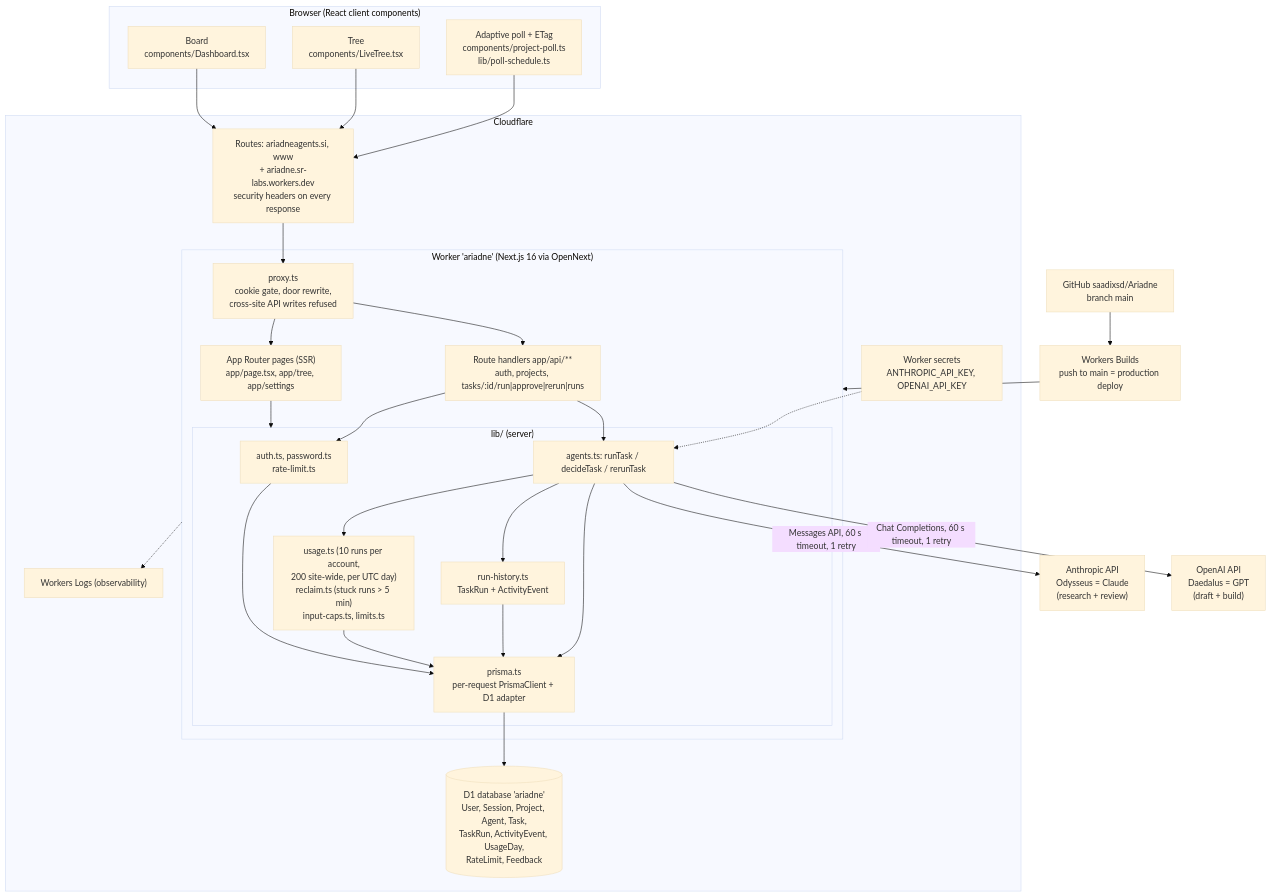
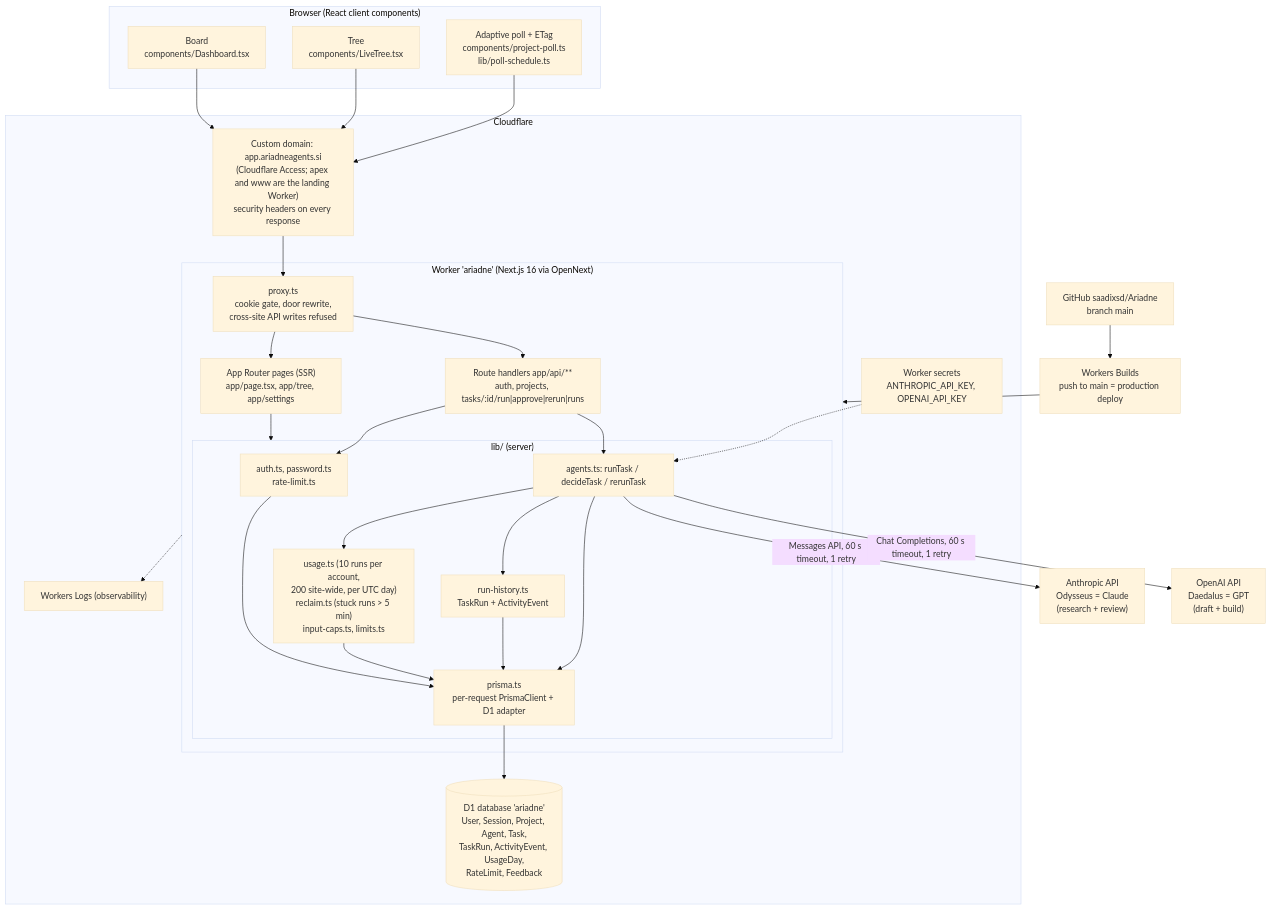
One commit to saadixsd/Ariadne changed the first of 3 diagrams in docs/ARCHITECTURE.md. Above: the diagram before and after it, drawn with Mermaid (base theme). The commit also changed 9 other files, not shown here.

Commit message:
config: move the product to app.ariadneagents.si (custom domain), turn off workers.dev and preview URLs; landing gets the real Turnstile site key (test key only under npm run dev)

````diff
--- a/docs/ARCHITECTURE.md
+++ b/docs/ARCHITECTURE.md
@@ -9,53 +9,53 @@
 ```mermaid
 flowchart TB
   subgraph Browser["Browser (React client components)"]
     Board["Board<br/>components/Dashboard.tsx"]
     Tree["Tree<br/>components/LiveTree.tsx"]
     Poll["Adaptive poll + ETag<br/>components/project-poll.ts<br/>lib/poll-schedule.ts"]
   end
 
   subgraph CF["Cloudflare"]
-    Edge["Routes: ariadneagents.si, www<br/>+ ariadne.sr-labs.workers.dev<br/>security headers on every response"]
+    Edge["Custom domain: app.ariadneagents.si<br/>(Cloudflare Access; apex and www are the landing Worker)<br/>security headers on every response"]
     subgraph Worker["Worker 'ariadne' (Next.js 16 via OpenNext)"]
       Proxy["proxy.ts<br/>cookie gate, door rewrite,<br/>cross-site API writes refused"]
       Pages["App Router pages (SSR)<br/>app/page.tsx, app/tree, app/settings"]
       API["Route handlers app/api/**<br/>auth, projects, tasks/:id/run|approve|rerun|runs"]
       subgraph Lib["lib/ (server)"]
         Auth["auth.ts, password.ts<br/>rate-limit.ts"]
         Engine["agents.ts: runTask / decideTask / rerunTask"]
         Guards["usage.ts (10 runs per account,<br/>200 site-wide, per UTC day)<br/>reclaim.ts (stuck runs &gt; 5 min)<br/>input-caps.ts, limits.ts"]
         Hist["run-history.ts<br/>TaskRun + ActivityEvent"]
         DB["prisma.ts<br/>per-request PrismaClient + D1 adapter"]
       end
     end
     D1[("D1 database 'ariadne'<br/>User, Session, Project, Agent, Task,<br/>TaskRun, ActivityEvent, UsageDay,<br/>RateLimit, Feedback")]
     Secrets["Worker secrets<br/>ANTHROPIC_API_KEY, OPENAI_API_KEY"]
     Logs["Workers Logs (observability)"]
   end
 
   Anthropic["Anthropic API<br/>Odysseus = Claude<br/>(research + review)"]
   OpenAI["OpenAI API<br/>Daedalus = GPT<br/>(draft + build)"]
   GH["GitHub saadixsd/Ariadne<br/>branch main"]
   Builds["Workers Builds<br/>push to main = production deploy"]
 
   Board --> Edge
   Tree --> Edge
   Poll --> Edge
   Edge --> Proxy --> Pages
   Proxy --> API
   Pages --> Lib
   API --> Auth
   API --> Engine
   Engine --> Guards
   Engine --> Hist
   Auth --> DB
   Guards --> DB
   Hist --> DB
   Engine --> DB
   DB --> D1
   Engine -- "Messages API, 60 s timeout, 1 retry" --> Anthropic
   Engine -- "Chat Completions, 60 s timeout, 1 retry" --> OpenAI
   Secrets -.-> Engine
   Worker -.-> Logs
   GH --> Builds --> Worker
 ```
````
